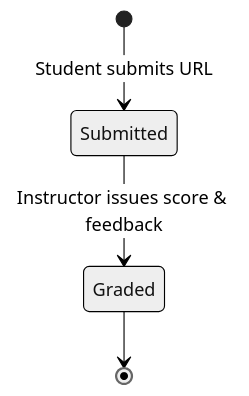
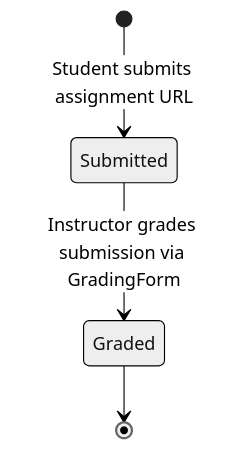
One commit to wingkit123/QuestLearn changed the fifth of 6 diagrams in wing kit sef report/Individual-Report-Aziel.md. Above: the diagram before and after it, drawn with Mermaid (neutral theme). The commit also changed other lines of this file and 1 other file, not shown here.

````diff
--- a/wing kit sef report/Individual-Report-Aziel.md
+++ b/wing kit sef report/Individual-Report-Aziel.md
@@ -302,6 +483,6 @@
 ```mermaid
-stateDiagram
-    [*] --> Submitted : Student submits URL
-    Submitted --> Graded : Instructor issues score & feedback
+stateDiagram-v2
+    [*] --> Submitted : Student submits assignment URL
+    Submitted --> Graded : Instructor grades submission via GradingForm
     Graded --> [*]
 ```
````
